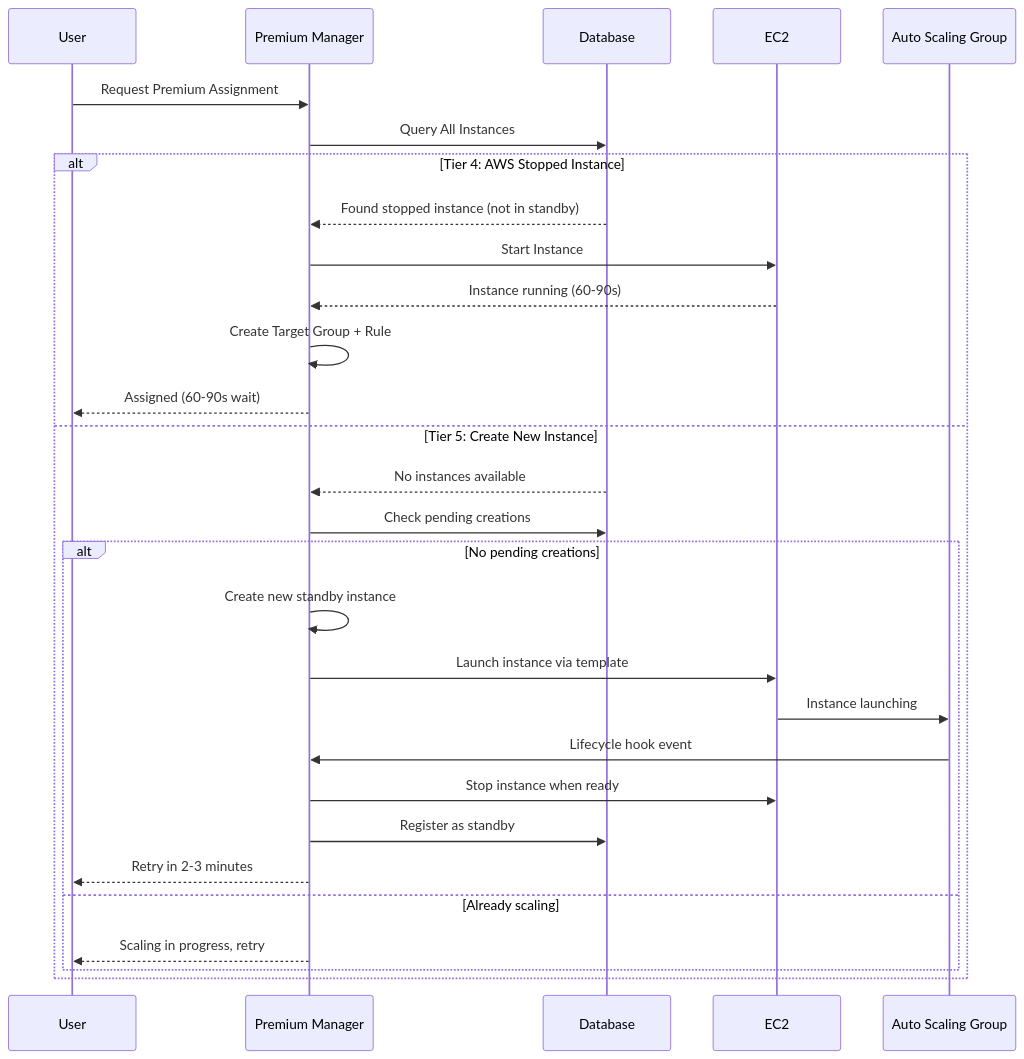
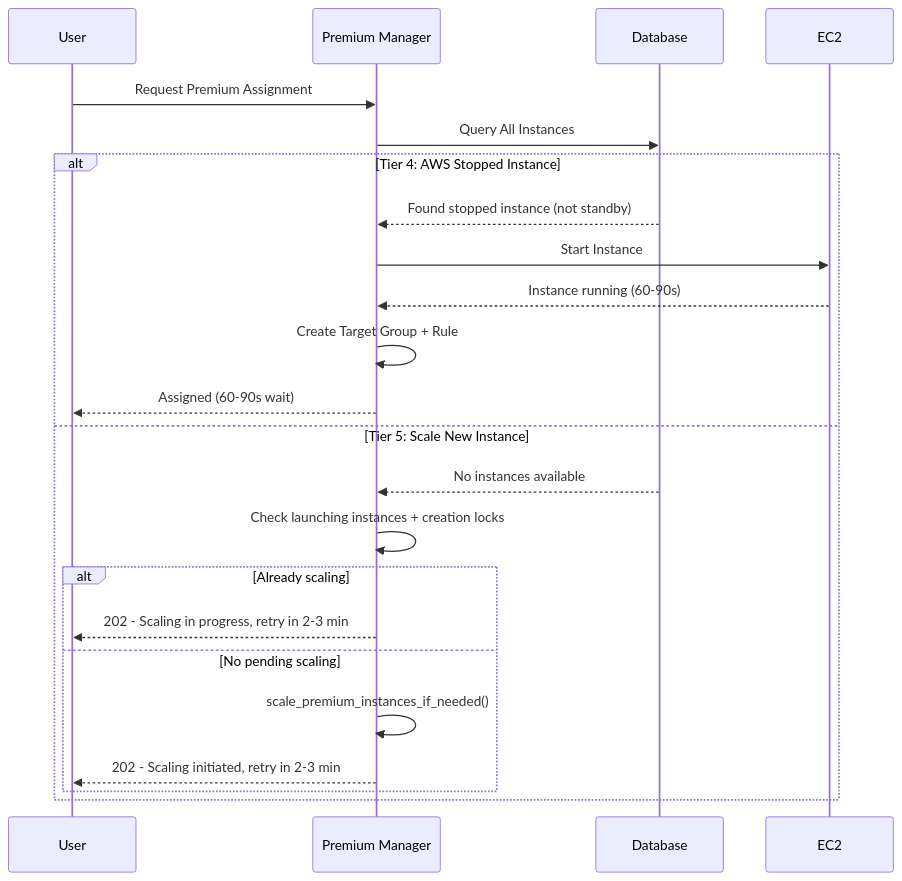
The third of 4 diagrams in infrastructure/documentation/PREMIUM_USER_ASSIGNMENT.md (arayabrain/araya-optinist), drawn with Mermaid before and after one commit. The commit also changed other lines of this file and 11 other files, not shown here.

````diff
--- a/infrastructure/documentation/PREMIUM_USER_ASSIGNMENT.md
+++ b/infrastructure/documentation/PREMIUM_USER_ASSIGNMENT.md
@@ -131,34 +139,28 @@
 ```mermaid
 sequenceDiagram
     participant User
     participant PM as Premium Manager
     participant DB as Database
     participant EC2
-    participant ASG as Auto Scaling Group
 
     User->>PM: Request Premium Assignment
     PM->>DB: Query All Instances
 
     alt Tier 4: AWS Stopped Instance
-        DB-->>PM: Found stopped instance (not in standby)
+        DB-->>PM: Found stopped instance (not standby)
         PM->>EC2: Start Instance
         EC2-->>PM: Instance running (60-90s)
         PM->>PM: Create Target Group + Rule
         PM-->>User: Assigned (60-90s wait)
-    else Tier 5: Create New Instance
+    else Tier 5: Scale New Instance
         DB-->>PM: No instances available
-        PM->>DB: Check pending creations
+        PM->>PM: Check launching instances + creation locks
 
-        alt No pending creations
-            PM->>PM: Create new standby instance
-            PM->>EC2: Launch instance via template
-            EC2->>ASG: Instance launching
-            ASG->>PM: Lifecycle hook event
-            PM->>EC2: Stop instance when ready
-            PM->>DB: Register as standby
-            PM-->>User: Retry in 2-3 minutes
-        else Already scaling
-            PM-->>User: Scaling in progress, retry
+        alt Already scaling
+            PM-->>User: 202 - Scaling in progress, retry in 2-3 min
+        else No pending scaling
+            PM->>PM: scale_premium_instances_if_needed()
+            PM-->>User: 202 - Scaling initiated, retry in 2-3 min
         end
     end
 ```
````
